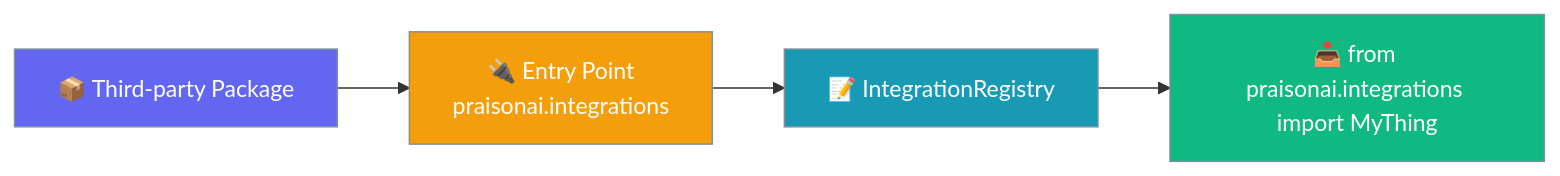
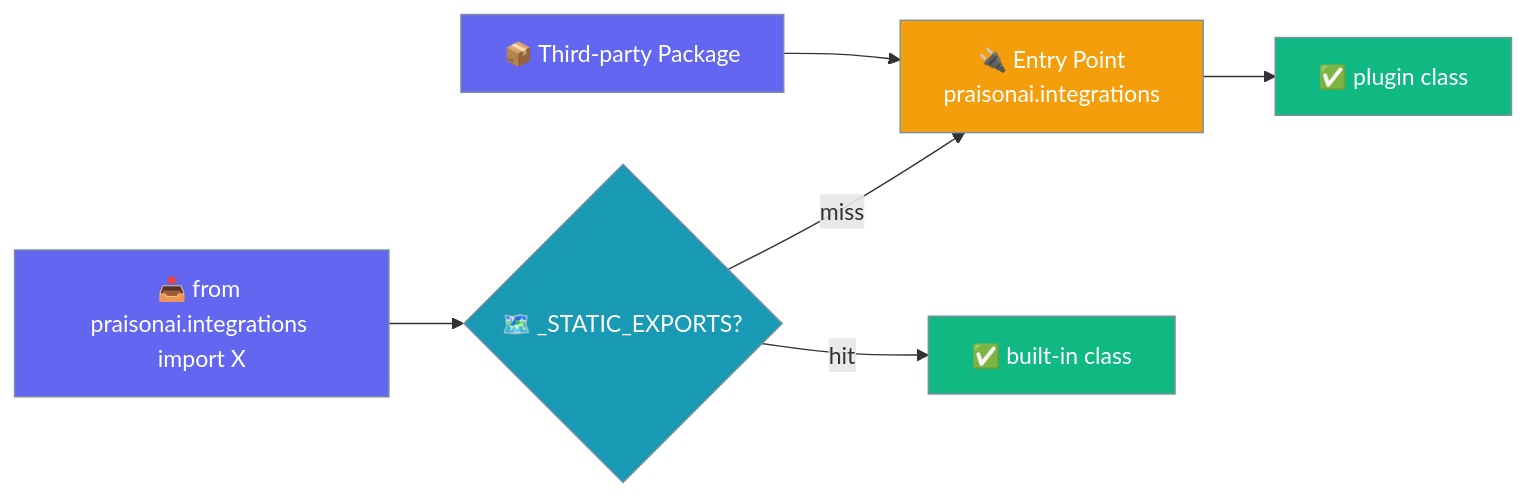
The first of 3 diagrams in docs/features/integration-registry.mdx (MervinPraison/PraisonAIDocs), drawn with Mermaid before and after one commit. The commit also changed other lines of this file and 6 other files, not shown here.

First line of the commit message:
docs: document PraisonAI PR #4651 — schema-driven YAML validator, data-driven provider inference, integration registry cleanup (fixes #3647)

````diff
--- a/docs/features/integration-registry.mdx
+++ b/docs/features/integration-registry.mdx
@@ -32,17 +23,18 @@
 ```mermaid
 graph LR
     A[📦 Third-party Package] --> B[🔌 Entry Point\npraisonai.integrations]
-    B --> C[📝 IntegrationRegistry]
-    C --> D[📥 from praisonai.integrations import MyThing]
+    C[📥 from praisonai.integrations import X] --> D{🗺️ _STATIC_EXPORTS?}
+    D -->|hit| E[✅ built-in class]
+    D -->|miss| B
+    B --> F[✅ plugin class]
 
     classDef package fill:#6366F1,stroke:#7C90A0,color:#fff
     classDef entrypoint fill:#F59E0B,stroke:#7C90A0,color:#fff
-    classDef registry fill:#189AB4,stroke:#7C90A0,color:#fff
+    classDef map fill:#189AB4,stroke:#7C90A0,color:#fff
     classDef import fill:#10B981,stroke:#7C90A0,color:#fff
 
-    class A package
+    class A,C package
     class B entrypoint
-    class C registry
-    class D import
-
+    class D map
+    class E,F import
 ```
````
